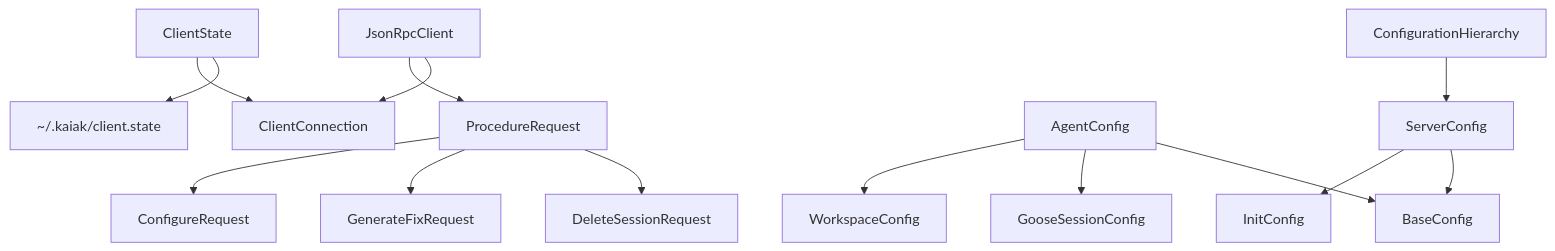
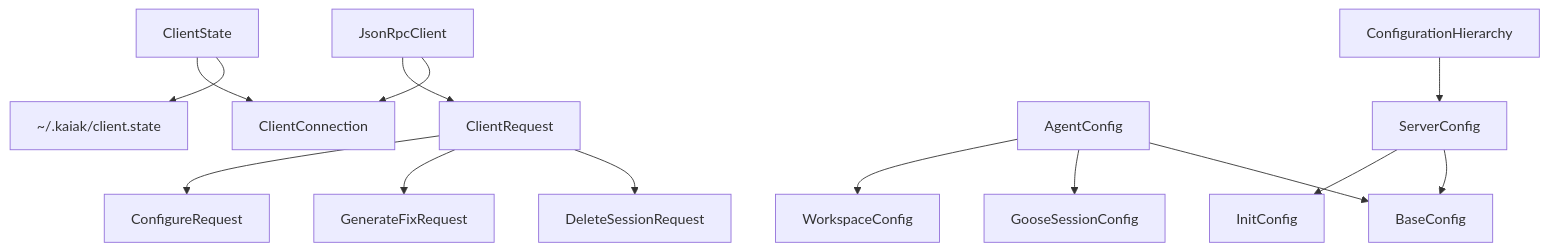
The diagram in specs/004-kaiak-client/data-model.md (pranavgaikwad/kaiak), drawn with Mermaid before and after one commit. The commit also changed other lines of this file and 35 other files, not shown here.

````diff
--- a/specs/004-kaiak-client/data-model.md
+++ b/specs/004-kaiak-client/data-model.md
@@ -269,20 +269,20 @@
 ```mermaid
 graph TD
     A[ClientState] --> B[ClientConnection]
     A --> C[~/.kaiak/client.state]
 
     D[ConfigurationHierarchy] --> E[ServerConfig]
     E --> F[InitConfig]
     E --> G[BaseConfig]
 
     H[AgentConfig] --> I[WorkspaceConfig]
     H --> J[GooseSessionConfig]
     H --> G
 
-    K[ProcedureRequest] --> L[ConfigureRequest]
+    K[ClientRequest] --> L[ConfigureRequest]
     K --> M[GenerateFixRequest]
     K --> N[DeleteSessionRequest]
 
     O[JsonRpcClient] --> K
     O --> B
 ```
````
